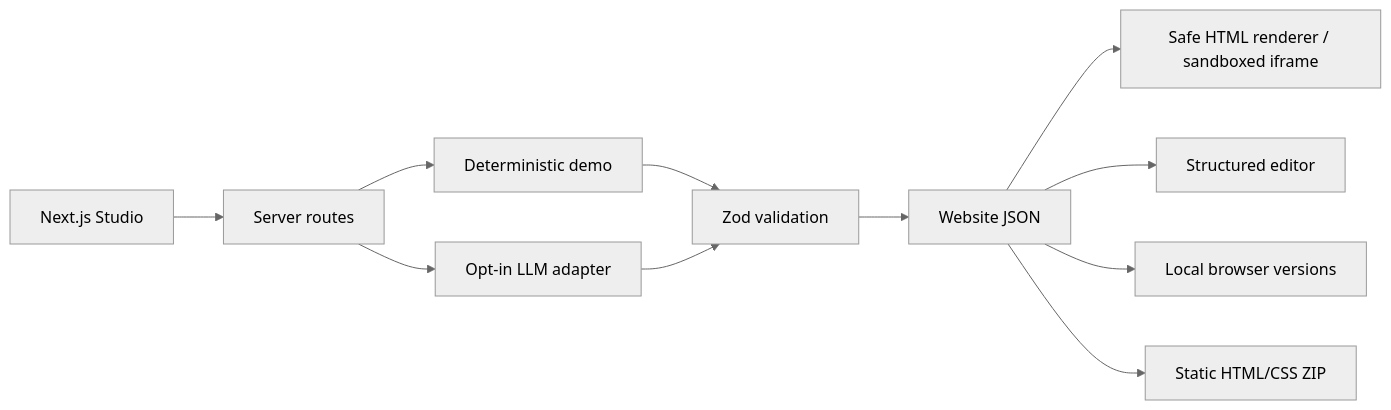
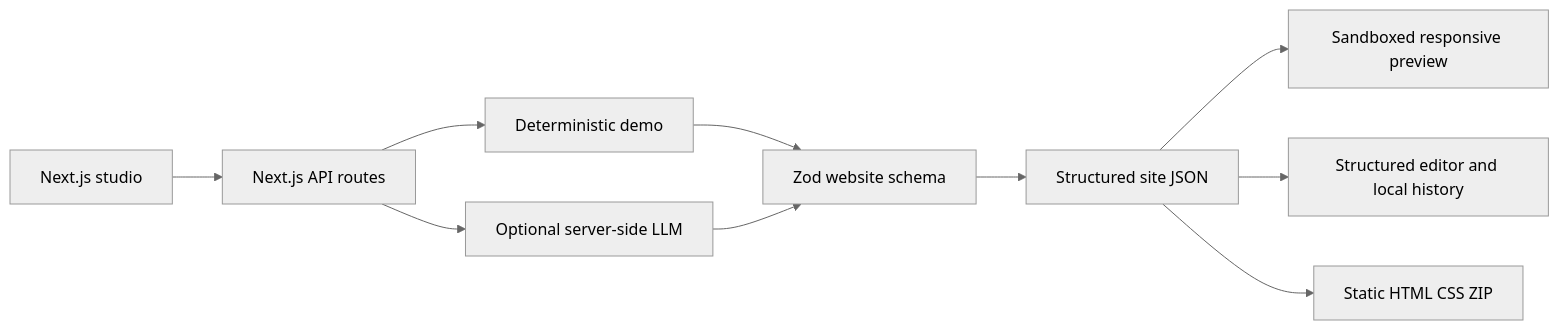
The diagram in README.md (RamonRDR/ai-website-generator), drawn with Mermaid (neutral theme) before and after one commit. The commit also changed other lines of this file and 3 other files, not shown here.

````diff
--- a/README.md
+++ b/README.md
@@ -84,13 +68,12 @@
 ```mermaid
 flowchart LR
-    UI[Next.js Studio] --> API[Server routes]
+    UI[Next.js studio] --> API[Next.js API routes]
     API --> DEMO[Deterministic demo]
-    API --> LLM[Opt-in LLM adapter]
-    DEMO --> ZOD[Zod validation]
-    LLM --> ZOD
-    ZOD --> STATE[Website JSON]
-    STATE --> PREVIEW[Safe HTML renderer / sandboxed iframe]
-    STATE --> EDITOR[Structured editor]
-    STATE --> HISTORY[Local browser versions]
-    STATE --> ZIP[Static HTML/CSS ZIP]
+    API --> LLM[Optional server-side LLM]
+    DEMO --> SCHEMA[Zod website schema]
+    LLM --> SCHEMA
+    SCHEMA --> MODEL[Structured site JSON]
+    MODEL --> PREVIEW[Sandboxed responsive preview]
+    MODEL --> EDIT[Structured editor and local history]
+    MODEL --> EXPORT[Static HTML CSS ZIP]
 ```
````
